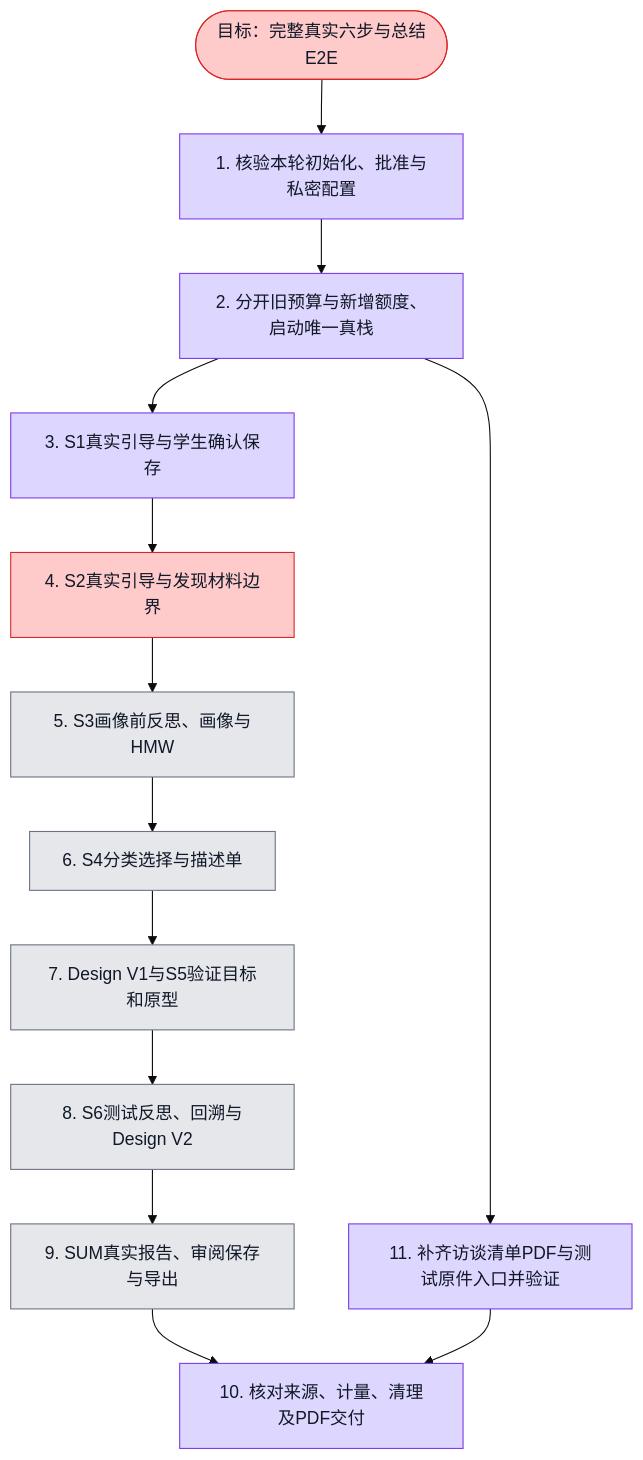
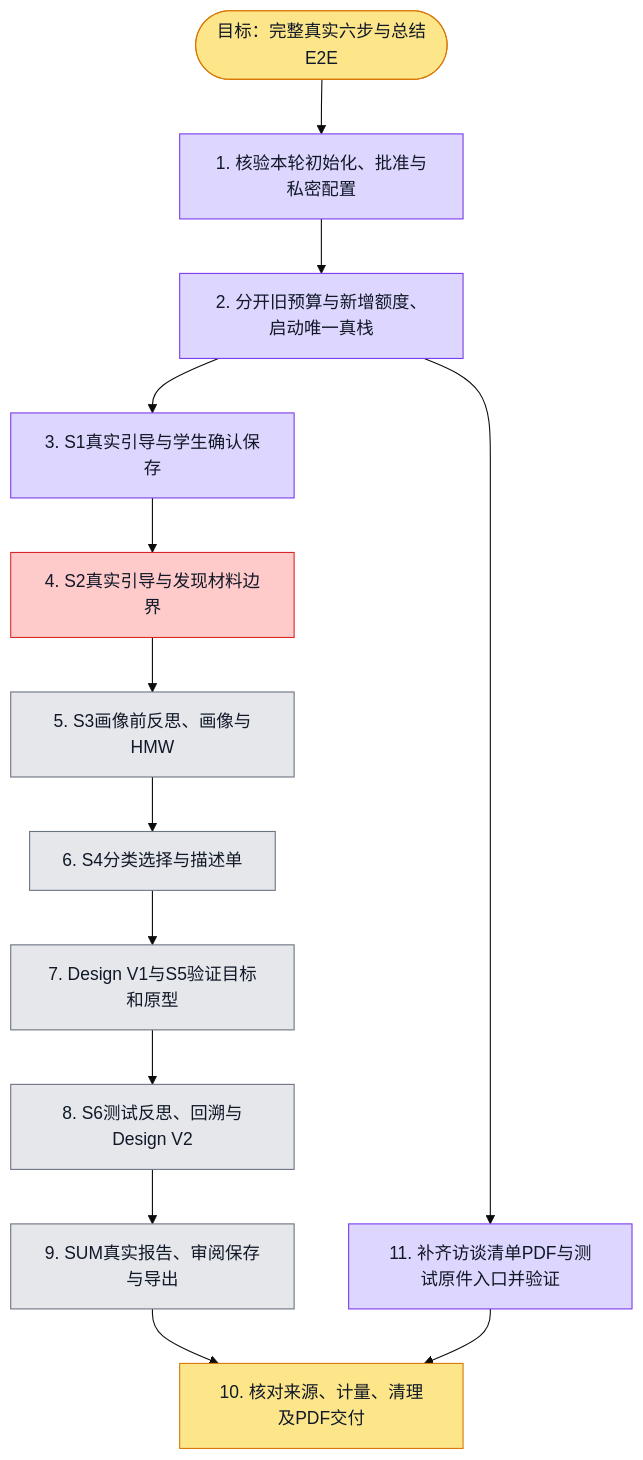
The diagram in docs/evidence/aidt-native/real-model-completion-20261116/execution.plan.md (boardx/workspacex), drawn with Mermaid (base theme) before and after one commit. The commit also changed 53 other files, not shown here.

Commit message:
docs(aidt): retain failed S2 acceptance and pending usage evidence

````diff
--- a/docs/evidence/aidt-native/real-model-completion-20261116/execution.plan.md
+++ b/docs/evidence/aidt-native/real-model-completion-20261116/execution.plan.md
@@ -17,44 +17,42 @@
 ```mermaid
 flowchart TD
   G([目标：完整真实六步与总结E2E])
   E[1. 核验本轮初始化、批准与私密配置]
   C[2. 分开旧预算与新增额度、启动唯一真栈]
   U1[3. S1真实引导与学生确认保存]
   U2[4. S2真实引导与发现材料边界]
   U3[5. S3画像前反思、画像与HMW]
   U4[6. S4分类选择与描述单]
   P[7. Design V1与S5验证目标和原型]
   U6[8. S6测试反思、回溯与Design V2]
   R[9. SUM真实报告、审阅保存与导出]
   V[10. 核对来源、计量、清理及PDF交付]
   F[11. 补齐访谈清单PDF与测试原件入口并验证]
 
   G --> E --> C --> U1 --> U2 --> U3 --> U4 --> P --> U6 --> R --> V
   C --> F --> V
 
   classDef todo fill:#e5e7eb,stroke:#6b7280,color:#111827
   classDef doing fill:#fde68a,stroke:#d97706,color:#111827
   classDef done fill:#bbf7d0,stroke:#16a34a,color:#111827
   classDef tested fill:#ddd6fe,stroke:#7c3aed,color:#111827
   classDef blocked fill:#fecaca,stroke:#dc2626,color:#111827
 
-  class G blocked
-  %% blocked G: S2真实旧任务取消且已计费；canonical修复、零模型恢复与补测源代码完成，新一次S2额度仍待用户授权；后续5次原生与2次Design未运行
+  class G doing
   class E tested
   %% evidence E: 本轮用户批准新增S1一次与Design两任务；init日志/tmp/aidt-paid-init-20261116.log实际exit0；旧预算hash未变
   class C tested
   %% evidence C: A5追加私有QA canonical不可变版本428d072b，A1独立15组数据/旧版本/旧消息/快照/权限/账目与两预算hash全不变；默认指针换新，所有执行器0，新Web健康。此非普通发布API或修复后教学通过。
   class U1 tested
   %% evidence U1: 真实Playwright S1 attempt02 1passed18.7s；run68880459-6de1-43a8-a909-0a969f03a7a8实际message-dispatch-observed，学生重写/保存与freshlogin；attempt01仅grep0测试失败保留
   class U2 blocked
-  %% blocked U2: 真实S2已消费1请求，被测试夹具echo基础指令误导，已取消并保留费用；不修改旧run/账本，修fixture后重验需单独新增S2额度。后续原5额度未动。
+  %% blocked U2: 新增一次S2 actualrun40539aa6 MODEL_CALL_FAILED；独立预算1/1已占、按约定停止不重发；来源精确与隔离审计过但无回复/学生新保存。2physical失败、pending2预留86.29测试credits，用量未知；执行器已关闭，不改账，连接原因诊断中
   class U3 todo
   class U4 todo
   class P todo
   class U6 todo
   class R todo
-  class V tested
-  %% evidence V: 唯一检查点实际恢复及正常GET通过后清理；源码ZIP v6/PDF v5同身份保存成功，27页中文字体/空页/越界检查及Library首页/末页回读通过；全部失败保留，完整模型链仍U2阻塞
+  class V doing
   class F tested
   %% evidence F: ec5ff2e9d新构建真实Playwright两场2passed10.1s：采纳清单实际PDF字节/文字/字体/视觉，新S6真实TXT与PNG上传回读、保存重登、同org非成员与错project404；A4相关52单测及全WebTS0。
 ```
````
